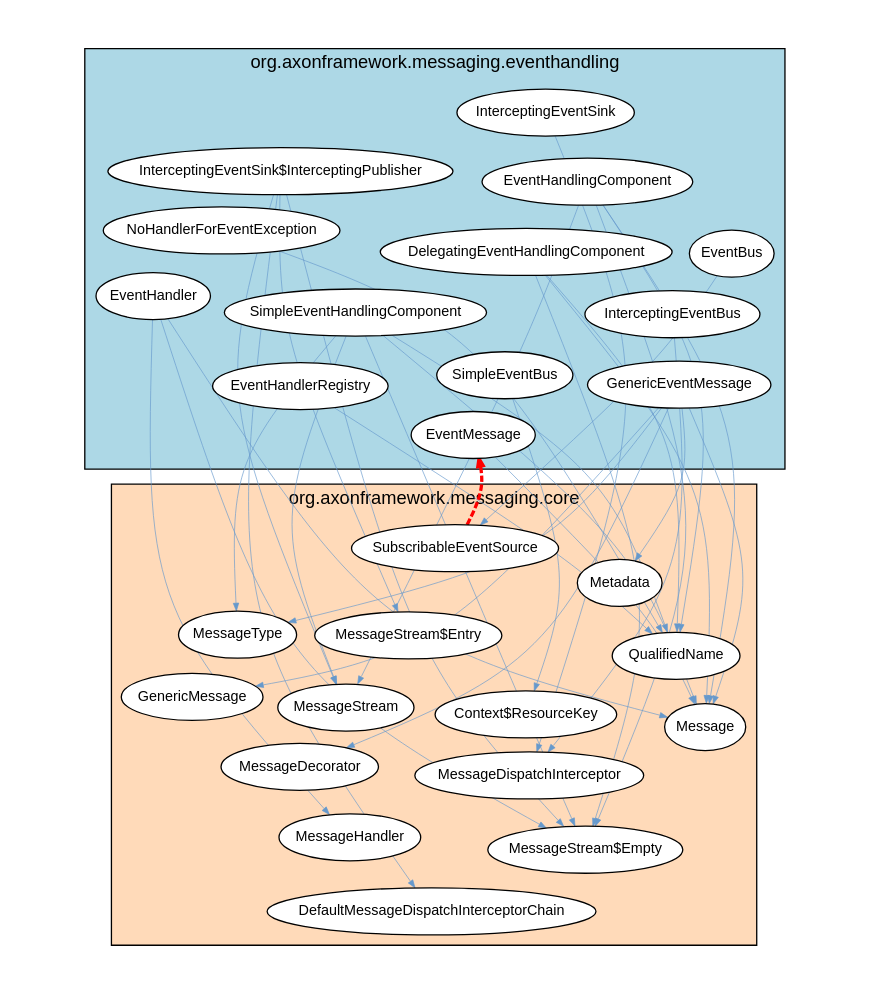
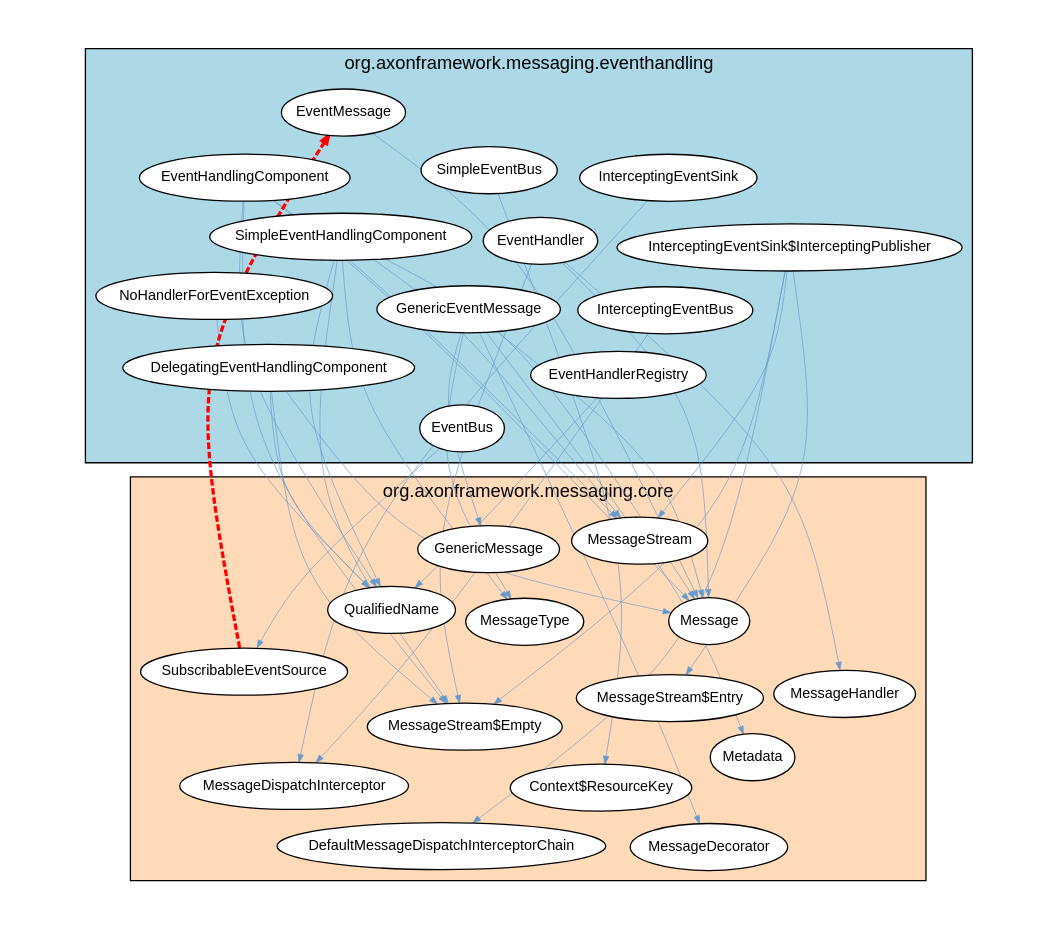
One commit to JohT/code-graph-analysis-examples changed the diagram in analysis-results/AxonFramework/latest/cyclic-dependencies/Java_Package/Graph_Visualizations/graphviz/JavaPackageCyclicDependencies2.gv. Above: the diagram before and after it, drawn with Graphviz. The commit also changed other lines of this file and 827 other files, not shown here.

```diff
--- a/analysis-results/AxonFramework/latest/cyclic-dependencies/Java_Package/Graph_Visualizations/graphviz/JavaPackageCyclicDependencies2.gv
+++ b/analysis-results/AxonFramework/latest/cyclic-dependencies/Java_Package/Graph_Visualizations/graphviz/JavaPackageCyclicDependencies2.gv
@@ -1,79 +1,79 @@
 strict digraph cycle {
     graph [layout = "fdp"; start = "7"; splines = "curved"; pad = "0.8,0.4"; outputorder = "edgesfirst";];
     graph [fontname = "Helvetica,Arial,sans-serif"; labelloc = "t";];
     node [fontname = "Helvetica,Arial,sans-serif"; style = "filled"; fillcolor = "white";];
     node [fontsize = 11; margin = "0.05,0.05";];
     edge [fontsize = 9; arrowsize = "0.6";];
 
     subgraph cluster_package {
         label="org.axonframework.messaging.eventhandling";
         style="filled";
         fillcolor="lightblue";
         "InterceptingEventSink";
         "GenericEventMessage";
         "EventHandlerRegistry";
         "SimpleEventBus";
         "EventHandlingComponent";
         "DelegatingEventHandlingComponent";
         "EventMessage";
+        "InterceptingEventBus";
+        "InterceptingEventSink$InterceptingPublisher";
         "EventHandler";
-        "InterceptingEventSink$InterceptingPublisher";
-        "InterceptingEventBus";
         "SimpleEventHandlingComponent";
         "EventBus";
         "NoHandlerForEventException";
     }
 
     subgraph cluster_dependent {
         label="org.axonframework.messaging.core";
         style="filled";
         fillcolor="peachpuff";
+        "Context$ResourceKey";
         "MessageHandler";
-        "Context$ResourceKey";
         "MessageStream$Entry";
         "GenericMessage";
         "Metadata";
         "MessageStream";
         "QualifiedName";
         "DefaultMessageDispatchInterceptorChain";
         "Message";
         "MessageDecorator";
         "MessageStream$Empty";
         "MessageType";
         "MessageDispatchInterceptor";
         "SubscribableEventSource";
     }
 
+    "EventMessage" -> "Message" [color="#6699CC"; penwidth="0.5"];
     "SimpleEventHandlingComponent" -> "MessageStream" [color="#6699CC"; penwidth="0.5"];
     "SimpleEventHandlingComponent" -> "Message" [color="#6699CC"; penwidth="0.5"];
     "SimpleEventHandlingComponent" -> "QualifiedName" [color="#6699CC"; penwidth="0.5"];
-    "EventMessage" -> "Message" [color="#6699CC"; penwidth="0.5"];
+    "SimpleEventHandlingComponent" -> "MessageType" [color="#6699CC"; penwidth="0.5"];
     "DelegatingEventHandlingComponent" -> "Message" [color="#6699CC"; penwidth="0.5"];
+    "SimpleEventBus" -> "Context$ResourceKey" [color="#6699CC"; penwidth="0.5"];
     "EventHandler" -> "MessageStream$Empty" [color="#6699CC"; penwidth="0.5"];
-    "SimpleEventHandlingComponent" -> "MessageType" [color="#6699CC"; penwidth="0.5"];
-    "SimpleEventBus" -> "Context$ResourceKey" [color="#6699CC"; penwidth="0.5"];
     "InterceptingEventBus" -> "MessageDispatchInterceptor" [color="#6699CC"; penwidth="0.5"];
     "EventHandlingComponent" -> "MessageStream" [color="#6699CC"; penwidth="0.5"];
     "EventHandlingComponent" -> "QualifiedName" [color="#6699CC"; penwidth="0.5"];
     "GenericEventMessage" -> "Message" [color="#6699CC"; penwidth="0.5"];
     "GenericEventMessage" -> "MessageType" [color="#6699CC"; penwidth="0.5"];
+    "EventHandlerRegistry" -> "QualifiedName" [color="#6699CC"; penwidth="0.5"];
+    "InterceptingEventSink$InterceptingPublisher" -> "MessageStream$Empty" [color="#6699CC"; penwidth="0.5"];
     "EventHandlingComponent" -> "MessageStream$Empty" [color="#6699CC"; penwidth="0.5"];
-    "InterceptingEventSink$InterceptingPublisher" -> "MessageStream$Empty" [color="#6699CC"; penwidth="0.5"];
-    "EventHandlerRegistry" -> "QualifiedName" [color="#6699CC"; penwidth="0.5"];
+    "NoHandlerForEventException" -> "QualifiedName" [color="#6699CC"; penwidth="0.5"];
     "DelegatingEventHandlingComponent" -> "QualifiedName" [color="#6699CC"; penwidth="0.5"];
+    "InterceptingEventSink$InterceptingPublisher" -> "DefaultMessageDispatchInterceptorChain" [color="#6699CC"; penwidth="0.5"];
     "EventHandler" -> "MessageHandler" [color="#6699CC"; penwidth="0.5"];
-    "InterceptingEventSink$InterceptingPublisher" -> "DefaultMessageDispatchInterceptorChain" [color="#6699CC"; penwidth="0.5"];
-    "NoHandlerForEventException" -> "QualifiedName" [color="#6699CC"; penwidth="0.5"];
     "DelegatingEventHandlingComponent" -> "MessageStream$Empty" [color="#6699CC"; penwidth="0.5"];
     "EventBus" -> "SubscribableEventSource" [color="#6699CC"; penwidth="0.5"];
     "SimpleEventHandlingComponent" -> "MessageStream$Empty" [color="#6699CC"; penwidth="0.5"];
     "EventHandler" -> "Message" [color="#6699CC"; penwidth="0.5"];
     "GenericEventMessage" -> "MessageDecorator" [color="#6699CC"; penwidth="0.5"];
     "GenericEventMessage" -> "GenericMessage" [color="#6699CC"; penwidth="0.5"];
     "InterceptingEventSink" -> "MessageDispatchInterceptor" [color="#6699CC"; penwidth="0.5"];
     "InterceptingEventSink$InterceptingPublisher" -> "MessageStream" [color="#6699CC"; penwidth="0.5"];
+    "InterceptingEventSink$InterceptingPublisher" -> "MessageStream$Entry" [color="#6699CC"; penwidth="0.5"];
     "EventHandlingComponent" -> "Message" [color="#6699CC"; penwidth="0.5"];
-    "InterceptingEventSink$InterceptingPublisher" -> "MessageStream$Entry" [color="#6699CC"; penwidth="0.5"];
     "GenericEventMessage" -> "Metadata" [color="#6699CC"; penwidth="0.5"];
     "SubscribableEventSource" -> "EventMessage" [color="red"; penwidth="2.5"; style="dashed";];
 }
```
